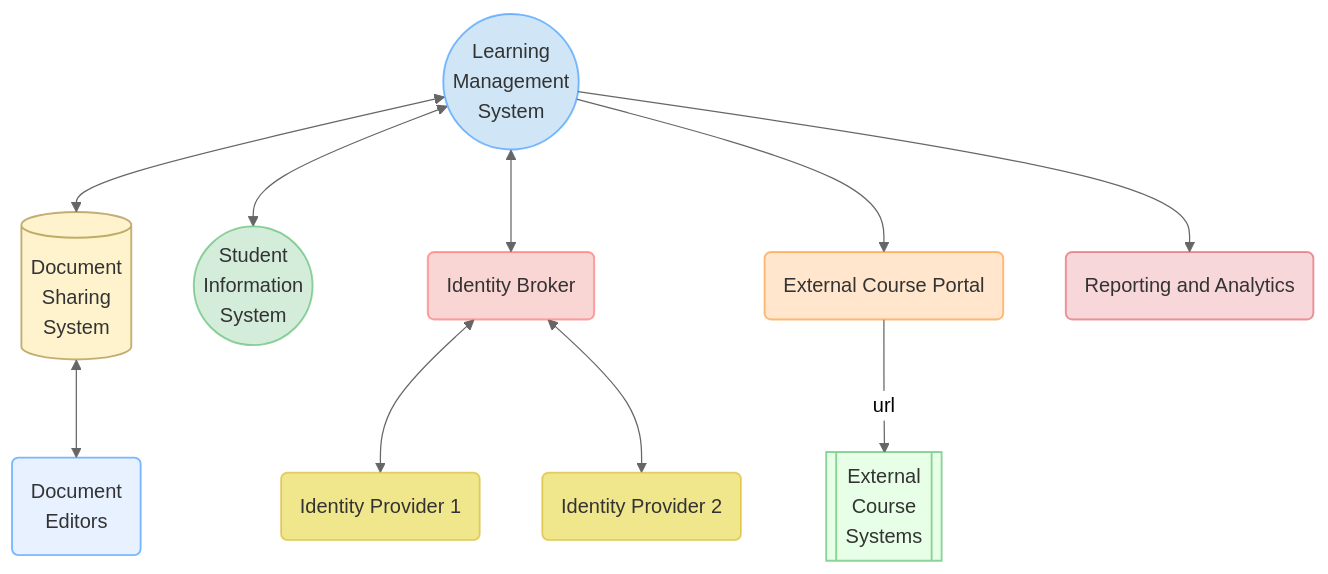
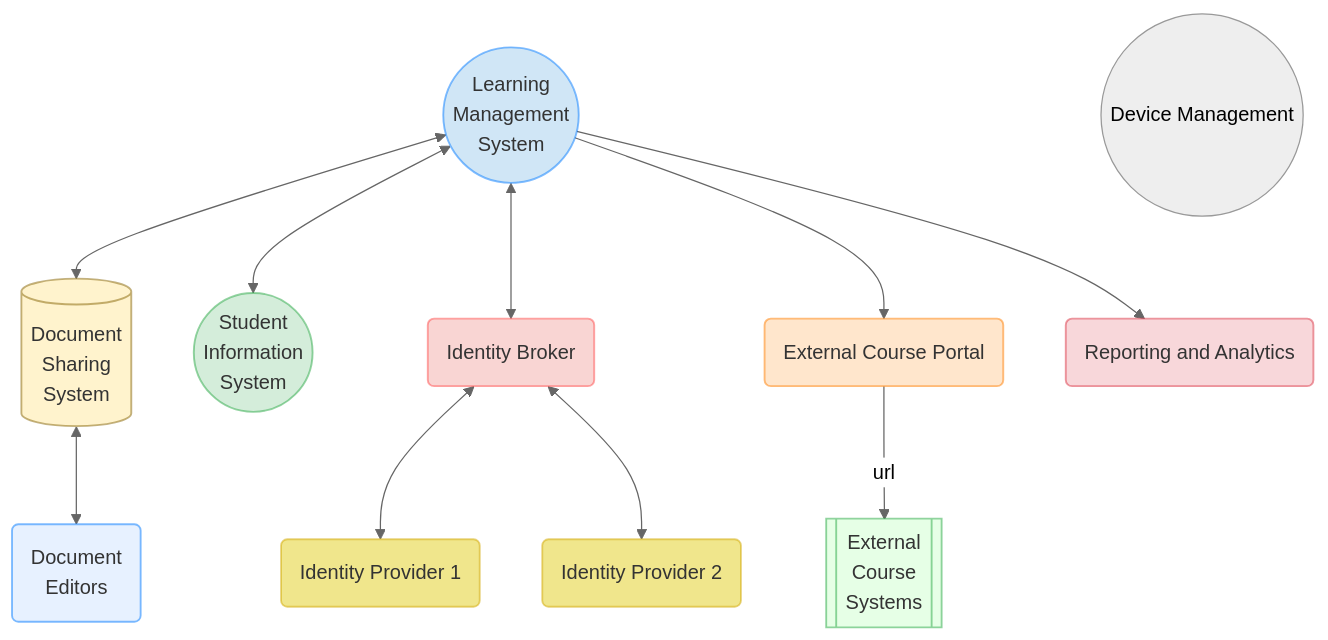
Before and after one commit to OS2sandbox/os2skole-PoC: the diagram in docs/architecture.md, drawn with Mermaid (neutral theme).

Commit message:
Update architecture.md
Added device managment

````diff
--- a/docs/architecture.md
+++ b/docs/architecture.md
@@ -1,31 +1,33 @@
 ```mermaid
 flowchart
     LMS((Learning<br>Management<br>System)):::lms
     ID(Identity Broker):::id
     IDP1(Identity Provider 1):::idp
     IDP2(Identity Provider 2):::idp
     SIS((Student<br>Information<br>System)):::sis
     DOC[(Document<br>Sharing<br>System)]:::doc
     ED(Document<br>Editors):::ed
     EXT[[External<br>Course<br>Systems]]:::ext
     PORT(External Course Portal):::port
     REP(Reporting and Analytics):::rep
+    MDM((Device Management))
 
     LMS-->REP
     LMS<-->DOC<-->ED
     LMS<-->ID<-->IDP1 & IDP2
     LMS<-->SIS
     LMS-->PORT-->|url|EXT
+    MDM~~~REP
 
 %% The section below defines the styling for the nodes
     classDef lms fill:#d0e6f6,stroke:#007bff,stroke-opacity:0.5,stroke-width:1.5px, color:#333;
     classDef id fill:#f9d5d3,stroke:#ff4c4c,stroke-opacity:0.5,stroke-width:1.5px, color:#333;
     classDef idp fill:#f0e68c,stroke:#d1a800,stroke-opacity:0.5,stroke-width:1.5px, color:#333;
     classDef sis fill:#d4edda,stroke:#28a745,stroke-opacity:0.5,stroke-width:1.5px, color:#333;
     classDef doc fill:#fff3cd,stroke:#856404,stroke-opacity:0.5,stroke-width:1.5px, color:#333;
     classDef ed fill:#e7f1ff,stroke:#007bff,stroke-opacity:0.5,stroke-width:1.5px, color:#333;
     classDef ext fill:#e6ffe6,stroke:#28a745,stroke-opacity:0.5,stroke-width:1.5px, color:#333;
     classDef port fill:#ffe6cc,stroke:#ff7e00,stroke-opacity:0.5,stroke-width:1.5px, color:#333;
     classDef rep fill:#f8d7da,stroke:#dc3545,stroke-opacity:0.5,stroke-width:1.5px, color:#333;
 
 ```
````
